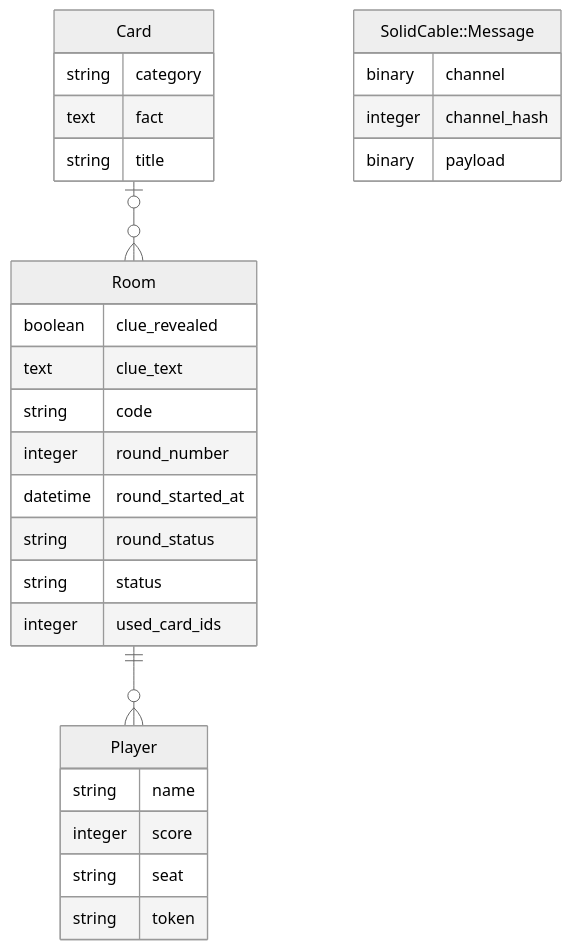
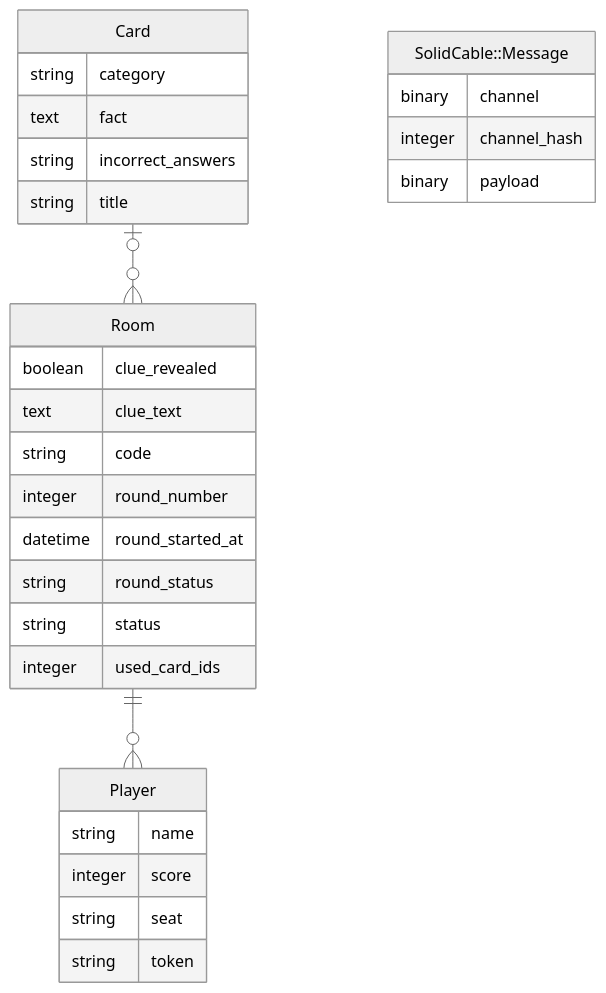
One commit to prettyalana/history-or-mystery changed the diagram in erd.mmd. Above: the diagram before and after it, drawn with Mermaid (neutral theme). The commit also changed 8 other files, not shown here.

Commit message:
feat: Add incorrect_answers column and polish styling - Update generate_facts rake task to seed incorrect answers - Add divs and classes to gameplay partial - Update button and form styling - Add incorrect answers to cards

```diff
--- a/erd.mmd
+++ b/erd.mmd
@@ -1,30 +1,31 @@
 erDiagram
 	direction TB
 	Card {
 		string category
 		text fact
+		string incorrect_answers
 		string title
 	}
 	Player {
 		string name
 		integer score
 		string seat
 		string token
 	}
 	Room {
 		boolean clue_revealed
 		text clue_text
 		string code
 		integer round_number
 		datetime round_started_at
 		string round_status
 		string status
 		integer used_card_ids
 	}
 	"SolidCable::Message" {
 		binary channel
 		integer channel_hash
 		binary payload
 	}
 	Room ||--}o Player : ""
 	Card o|--}o Room : ""
```
